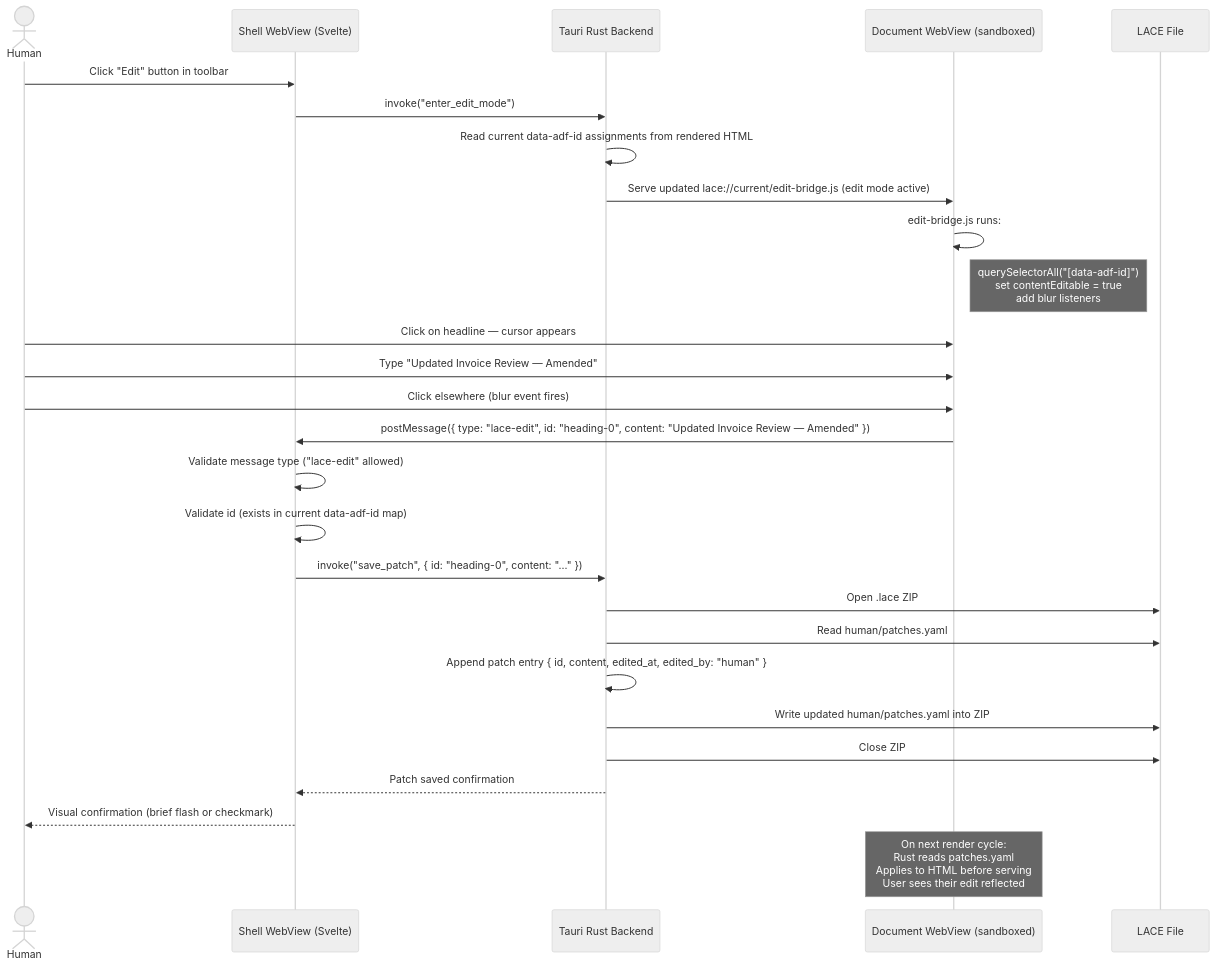
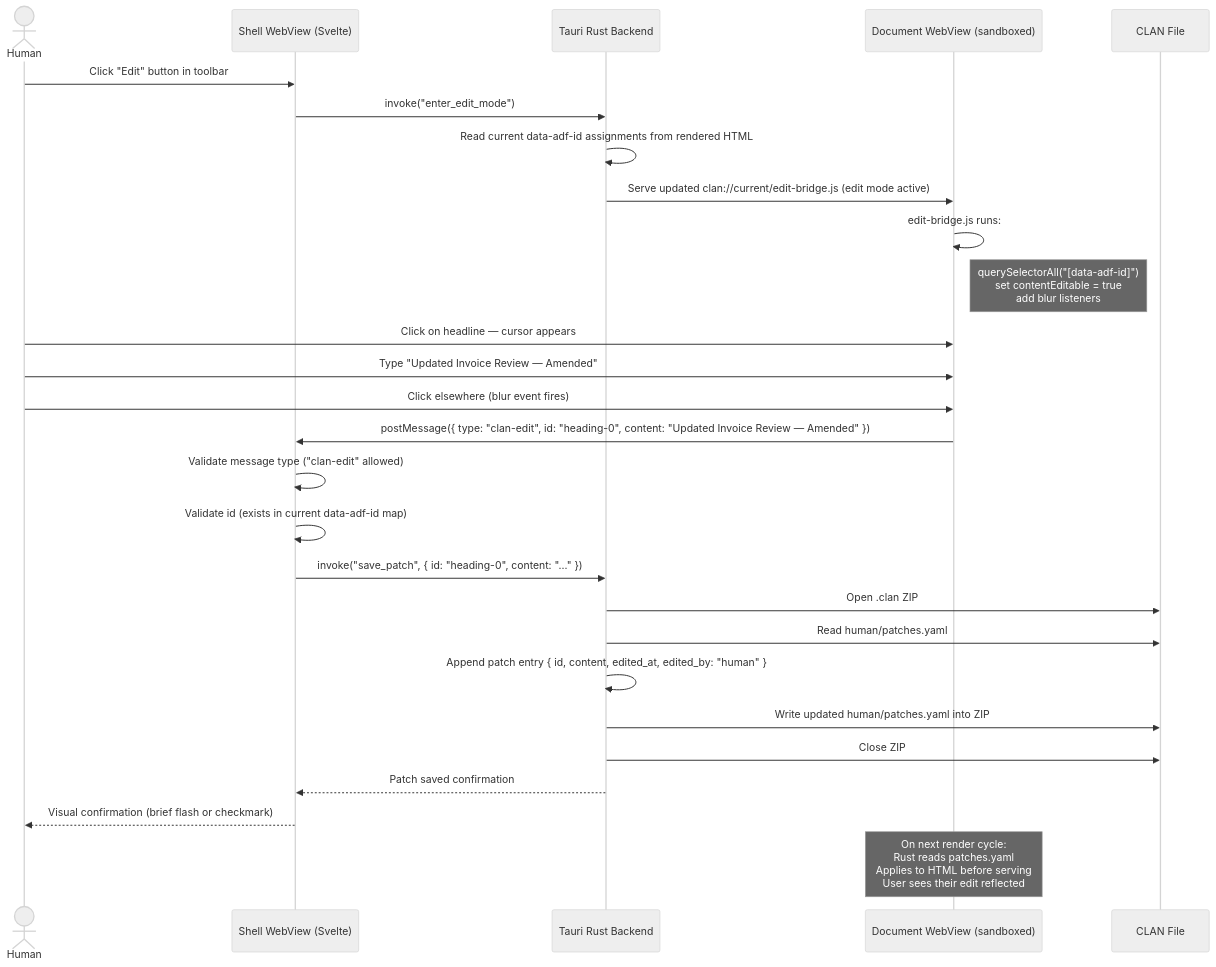
Before and after one commit to batunii/napkin-os: the fourth of 8 diagrams in SEQUENCE-DIAGRAMS.md, drawn with Mermaid (neutral theme). The commit also changed other lines of this file and 7 other files, not shown here.

First line of the commit message:
Rename LACE → CLAN throughout

````diff
--- a/SEQUENCE-DIAGRAMS.md
+++ b/SEQUENCE-DIAGRAMS.md
@@ -180,36 +180,36 @@
 ```mermaid
 sequenceDiagram
     actor Human
     participant Shell as Shell WebView (Svelte)
     participant Rust as Tauri Rust Backend
     participant Doc as Document WebView (sandboxed)
-    participant FS as LACE File
+    participant FS as CLAN File
 
     Human->>Shell: Click "Edit" button in toolbar
     Shell->>Rust: invoke("enter_edit_mode")
     Rust->>Rust: Read current data-adf-id assignments from rendered HTML
-    Rust->>Doc: Serve updated lace://current/edit-bridge.js (edit mode active)
+    Rust->>Doc: Serve updated clan://current/edit-bridge.js (edit mode active)
     Doc->>Doc: edit-bridge.js runs:
     note right of Doc: querySelectorAll("[data-adf-id]")<br/>set contentEditable = true<br/>add blur listeners
 
     Human->>Doc: Click on headline — cursor appears
     Human->>Doc: Type "Updated Invoice Review — Amended"
     Human->>Doc: Click elsewhere (blur event fires)
 
-    Doc->>Shell: postMessage({ type: "lace-edit", id: "heading-0", content: "Updated Invoice Review — Amended" })
+    Doc->>Shell: postMessage({ type: "clan-edit", id: "heading-0", content: "Updated Invoice Review — Amended" })
 
-    Shell->>Shell: Validate message type ("lace-edit" allowed)
+    Shell->>Shell: Validate message type ("clan-edit" allowed)
     Shell->>Shell: Validate id (exists in current data-adf-id map)
     Shell->>Rust: invoke("save_patch", { id: "heading-0", content: "..." })
 
-    Rust->>FS: Open .lace ZIP
+    Rust->>FS: Open .clan ZIP
     Rust->>FS: Read human/patches.yaml
     Rust->>Rust: Append patch entry { id, content, edited_at, edited_by: "human" }
     Rust->>FS: Write updated human/patches.yaml into ZIP
     Rust->>FS: Close ZIP
 
     Rust-->>Shell: Patch saved confirmation
     Shell-->>Human: Visual confirmation (brief flash or checkmark)
 
     note over Doc: On next render cycle:<br/>Rust reads patches.yaml<br/>Applies to HTML before serving<br/>User sees their edit reflected
 ```
````
